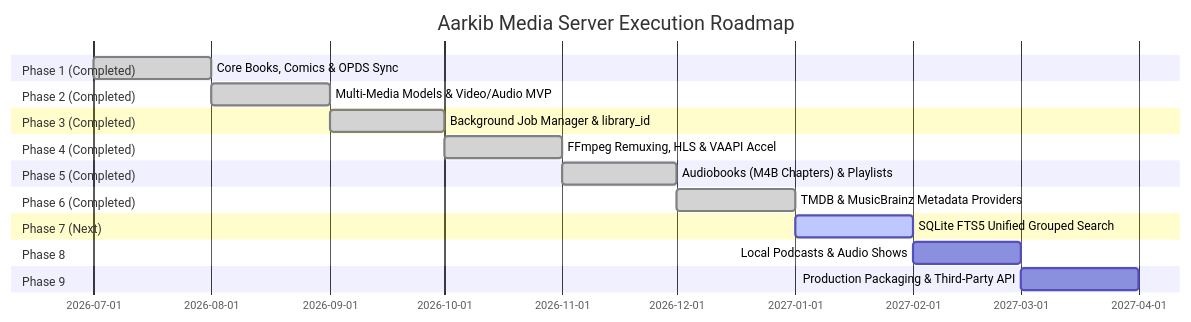
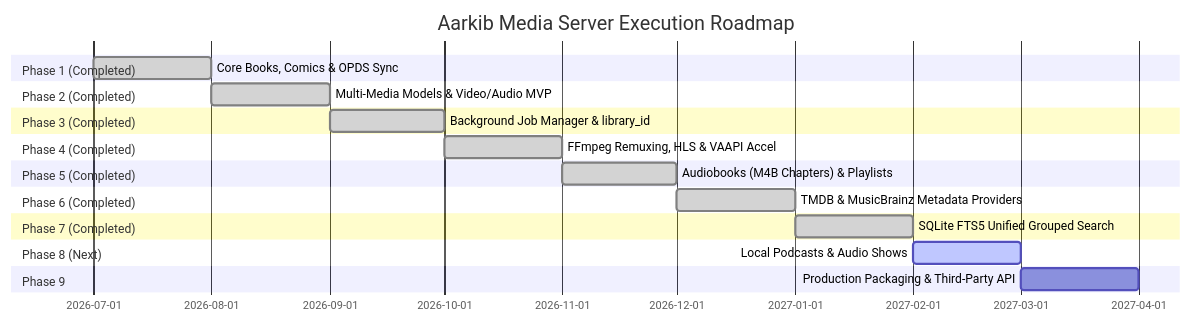
Before and after one commit to syfq91/aarkib: the sixth of 6 diagrams in media_server_execution_plan.md, drawn with Mermaid. The commit also changed other lines of this file and 8 other files, not shown here.

First line of the commit message:
feat: implement Phase 7 SQLite FTS5 unified grouped search

````diff
--- a/media_server_execution_plan.md
+++ b/media_server_execution_plan.md
@@ -583,23 +583,23 @@
 ```mermaid
 gantt
     title Aarkib Media Server Execution Roadmap
     dateFormat  YYYY-MM
     section Phase 1 (Completed)
     Core Books, Comics & OPDS Sync       :done, p1, 2026-07, 2026-08
     section Phase 2 (Completed)
     Multi-Media Models & Video/Audio MVP :done, p2, 2026-08, 2026-09
     section Phase 3 (Completed)
     Background Job Manager & library_id  :done, p3, 2026-09, 2026-10
     section Phase 4 (Completed)
     FFmpeg Remuxing, HLS & VAAPI Accel   :done, p4, 2026-10, 2026-11
     section Phase 5 (Completed)
     Audiobooks (M4B Chapters) & Playlists:done, p5, 2026-11, 2026-12
     section Phase 6 (Completed)
     TMDB & MusicBrainz Metadata Providers:done, p6, 2026-12, 2027-01
-    section Phase 7 (Next)
-    SQLite FTS5 Unified Grouped Search   :active, p7, 2027-01, 2027-02
-    section Phase 8
-    Local Podcasts & Audio Shows         :p8, 2027-02, 2027-03
+    section Phase 7 (Completed)
+    SQLite FTS5 Unified Grouped Search   :done, p7, 2027-01, 2027-02
+    section Phase 8 (Next)
+    Local Podcasts & Audio Shows         :active, p8, 2027-02, 2027-03
     section Phase 9
     Production Packaging & Third-Party API:p9, 2027-03, 2027-04
 ```
````
